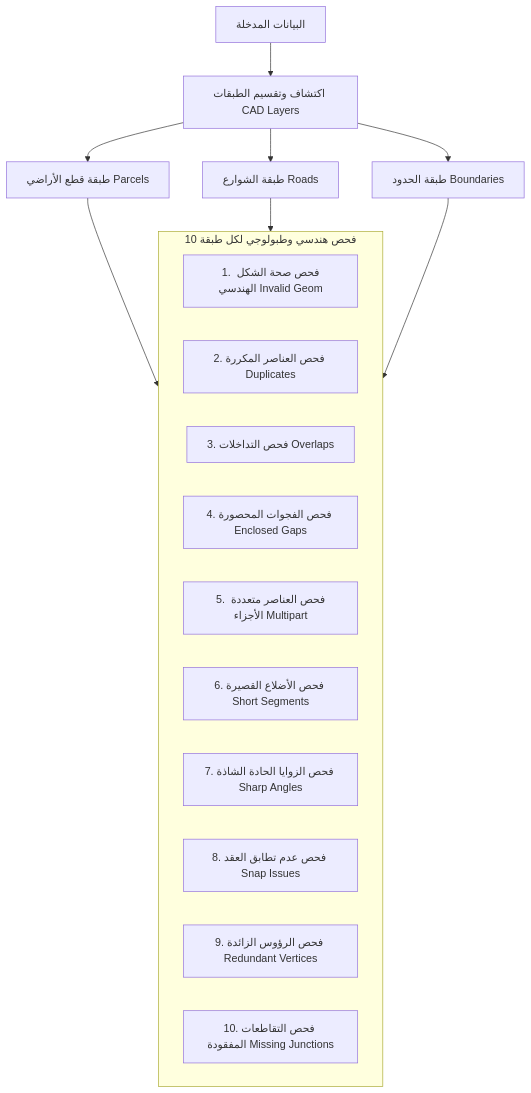
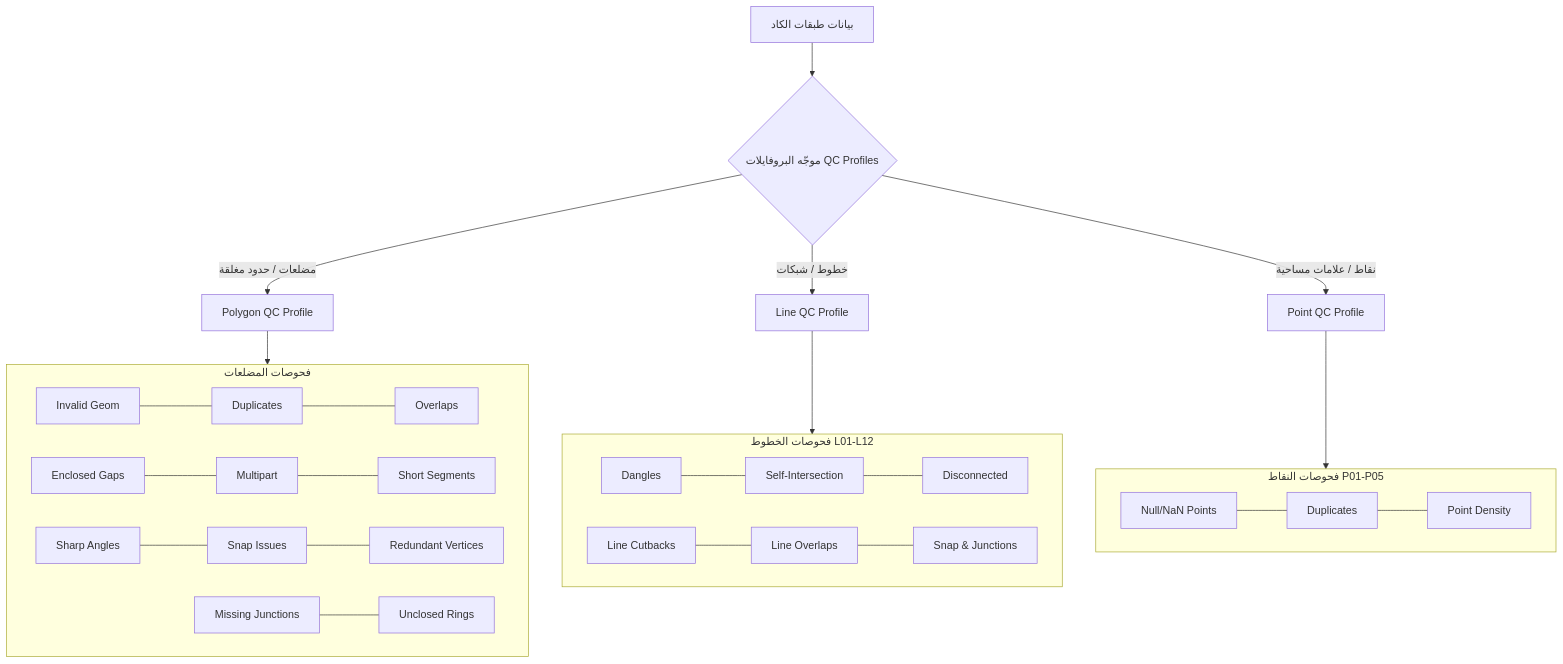
The diagram in DOCUMENTATION.md (aboelmagd1/CAD-Standards-Layer-QC-Analyzer), drawn with Mermaid before and after one commit. The commit also changed other lines of this file and 35 other files, not shown here.

````diff
--- a/DOCUMENTATION.md
+++ b/DOCUMENTATION.md
@@ -134,24 +151,27 @@
 ```mermaid
 flowchart TD
-    A[البيانات المدخلة] --> B[اكتشاف وتقسيم الطبقات CAD Layers]
-    B --> C[طبقة قطع الأراضي Parcels]
-    B --> D[طبقة الشوارع Roads]
-    B --> E[طبقة الحدود Boundaries]
+    In[بيانات طبقات الكاد] --> Disp{موجّه البروفايلات QC Profiles}
+    Disp -->|مضلعات / حدود مغلقة| Poly[Polygon QC Profile]
+    Disp -->|خطوط / شبكات| Line[Line QC Profile]
+    Disp -->|نقاط / علامات مساحية| Pnt[Point QC Profile]
     
-    subgraph Suite [10 فحص هندسي وطبولوجي لكل طبقة]
-        F1[1. فحص صحة الشكل الهندسي Invalid Geom]
-        F2[2. فحص العناصر المكررة Duplicates]
-        F3[3. فحص التداخلات Overlaps]
-        F4[4. فحص الفجوات المحصورة Enclosed Gaps]
-        F5[5. فحص العناصر متعددة الأجزاء Multipart]
-        F6[6. فحص الأضلاع القصيرة Short Segments]
-        F7[7. فحص الزوايا الحادة الشاذة Sharp Angles]
-        F8[8. فحص عدم تطابق العقد Snap Issues]
-        F9[9. فحص الرؤوس الزائدة Redundant Vertices]
-        F10[10. فحص التقاطعات المفقودة Missing Junctions]
+    subgraph PolySuite [فحوصات المضلعات]
+        P1[Invalid Geom] --- P2[Duplicates] --- P3[Overlaps]
+        P4[Enclosed Gaps] --- P5[Multipart] --- P6[Short Segments]
+        P7[Sharp Angles] --- P8[Snap Issues] --- P9[Redundant Vertices]
+        P10[Missing Junctions] --- P11[Unclosed Rings]
+    end
+    
+    subgraph LineSuite [فحوصات الخطوط L01-L12]
+        L1[Dangles] --- L2[Self-Intersection] --- L3[Disconnected]
+        L4[Line Cutbacks] --- L5[Line Overlaps] --- L6[Snap & Junctions]
+    end
+    
+    subgraph PointSuite [فحوصات النقاط P01-P05]
+        PT1[Null/NaN Points] --- PT2[Duplicates] --- PT3[Point Density]
     end
 
-    C --> Suite
-    D --> Suite
-    E --> Suite
+    Poly --> PolySuite
+    Line --> LineSuite
+    Pnt --> PointSuite
 ```
````
